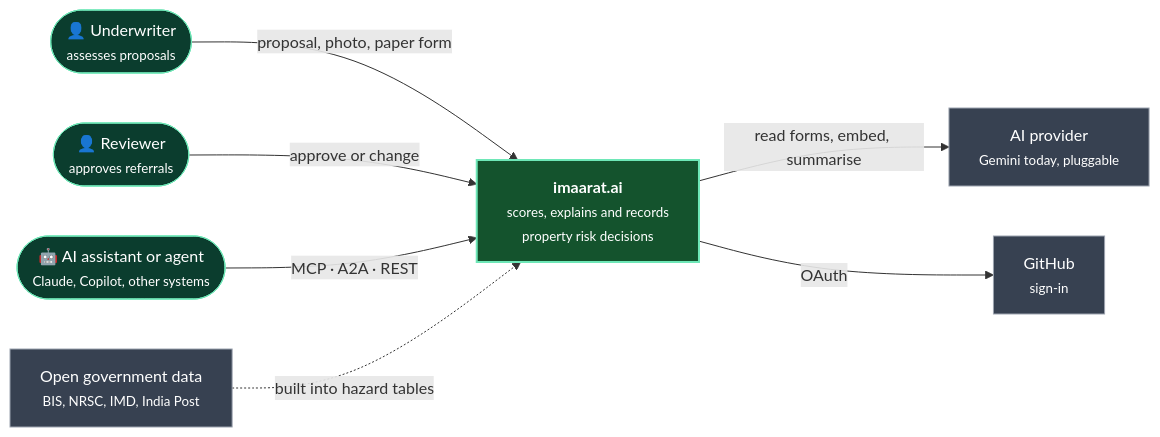
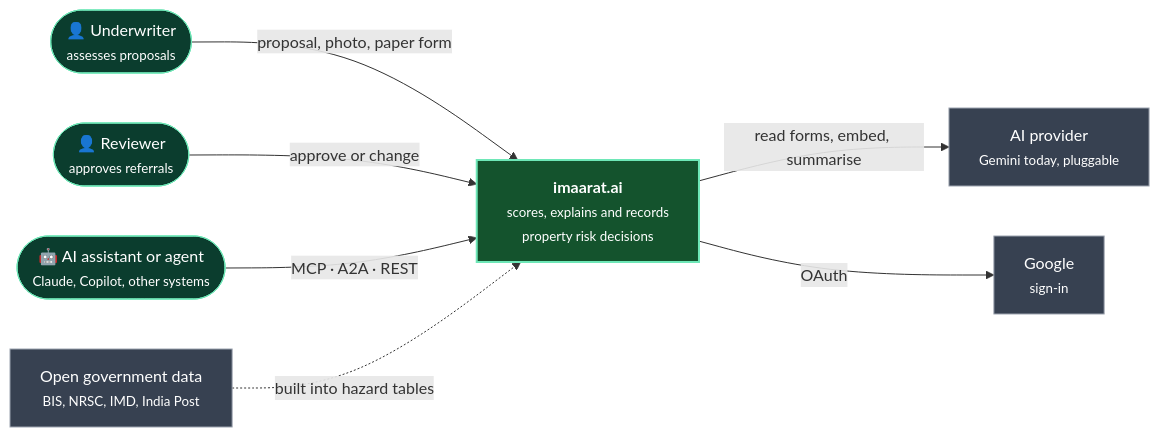
One commit to adikshan11/imaarat-ai changed the first of 3 diagrams in README.md. Above: the diagram before and after it, drawn with Mermaid. The commit also changed other lines of this file and 53 other files, not shown here.

````diff
--- a/README.md
+++ b/README.md
@@ -72,22 +72,22 @@
 ```mermaid
 flowchart LR
   uw(["👤 Underwriter<br/><small>assesses proposals</small>"])
   rev(["👤 Reviewer<br/><small>approves referrals</small>"])
   agent(["🤖 AI assistant or agent<br/><small>Claude, Copilot, other systems</small>"])
   sys["<b>imaarat.ai</b><br/><small>scores, explains and records<br/>property risk decisions</small>"]
   ai["AI provider<br/><small>Gemini today, pluggable</small>"]
-  gh["GitHub<br/><small>sign-in</small>"]
+  gh["Google<br/><small>sign-in</small>"]
   gov["Open government data<br/><small>BIS, NRSC, IMD, India Post</small>"]
   uw -- "proposal, photo, paper form" --> sys
   rev -- "approve or change" --> sys
   agent -- "MCP · A2A · REST" --> sys
   sys -- "read forms, embed, summarise" --> ai
   sys -- "OAuth" --> gh
   gov -. "built into hazard tables" .-> sys
   classDef person fill:#0b3d2e,stroke:#6ee7b7,color:#fff
   classDef system fill:#14532d,stroke:#6ee7b7,color:#fff,stroke-width:2px
   classDef external fill:#374151,stroke:#9ca3af,color:#fff
   class uw,rev,agent person
   class sys system
   class ai,gh,gov external
 ```
````
